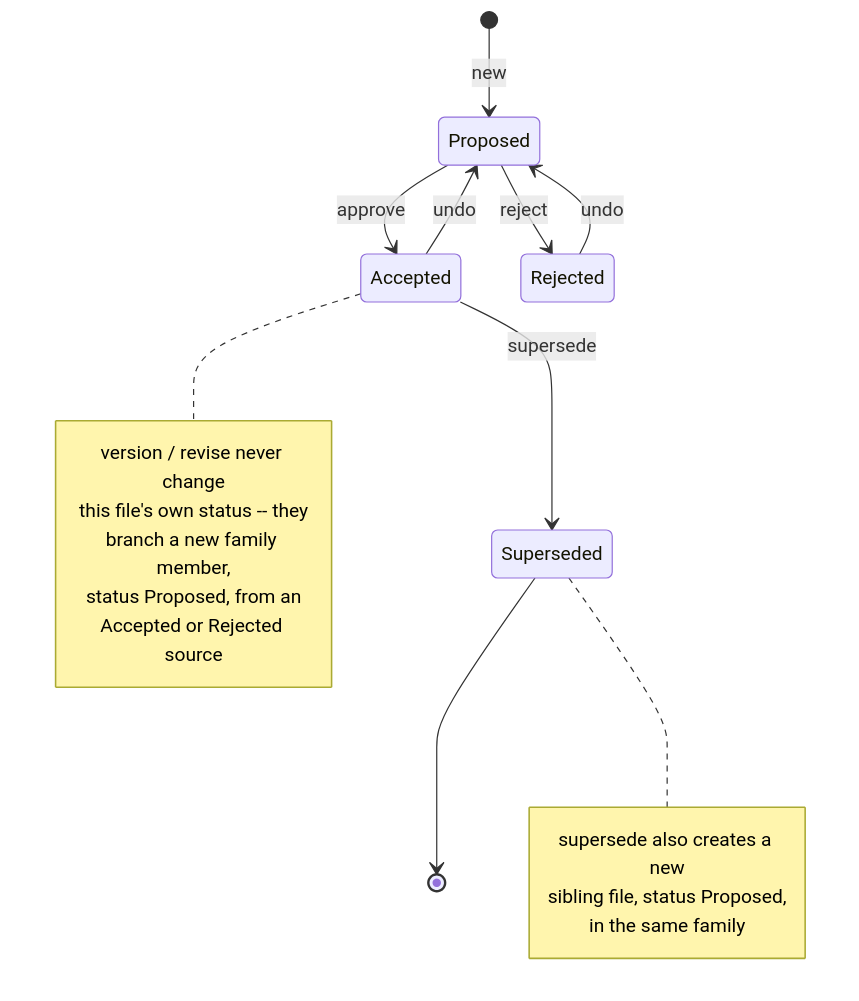
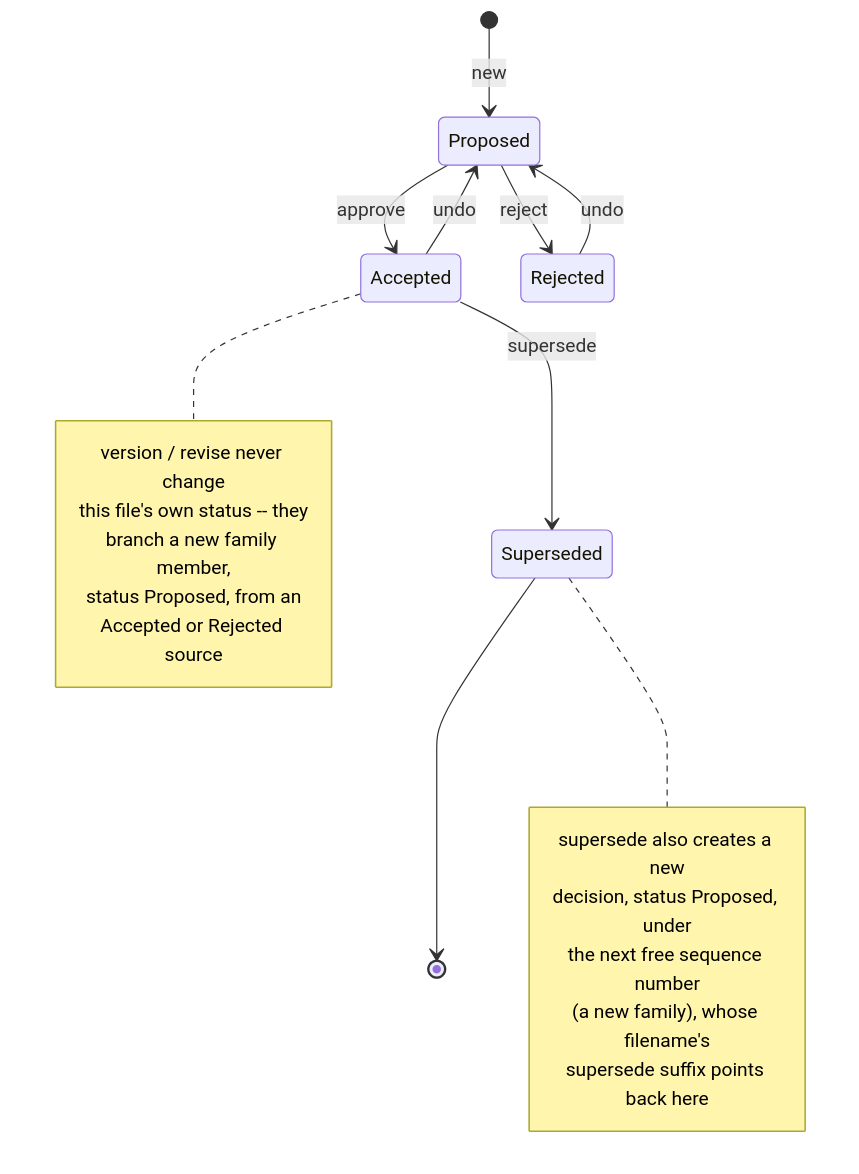
The fifth of 7 diagrams in doc/architecture.md (FRACerqueira/adrpy-ai), drawn with Mermaid before and after one commit. The commit also changed other lines of this file and 10 other files, not shown here.

````diff
--- a/doc/architecture.md
+++ b/doc/architecture.md
@@ -191,24 +192,26 @@
 ```mermaid
 stateDiagram-v2
     [*] --> Proposed: new
     Proposed --> Accepted: approve
     Proposed --> Rejected: reject
     Accepted --> Proposed: undo
     Rejected --> Proposed: undo
     Accepted --> Superseded: supersede
     Superseded --> [*]
 
     note right of Superseded
         supersede also creates a new
-        sibling file, status Proposed,
-        in the same family
+        decision, status Proposed, under
+        the next free sequence number
+        (a new family), whose filename's
+        supersede suffix points back here
     end note
 
     note right of Accepted
         version / revise never change
         this file's own status -- they
         branch a new family member,
         status Proposed, from an
         Accepted or Rejected source
     end note
 ```
````
